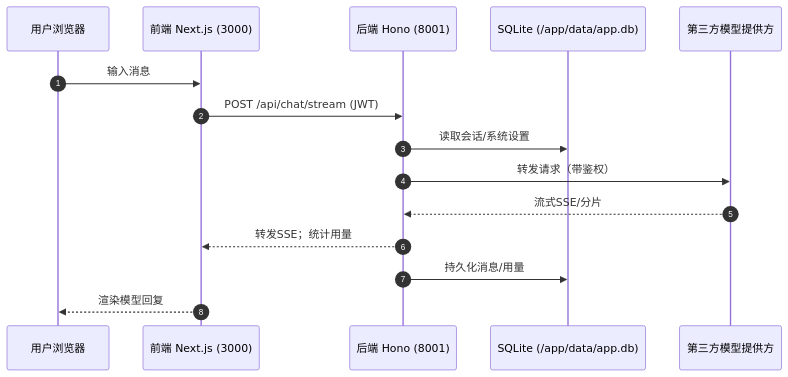
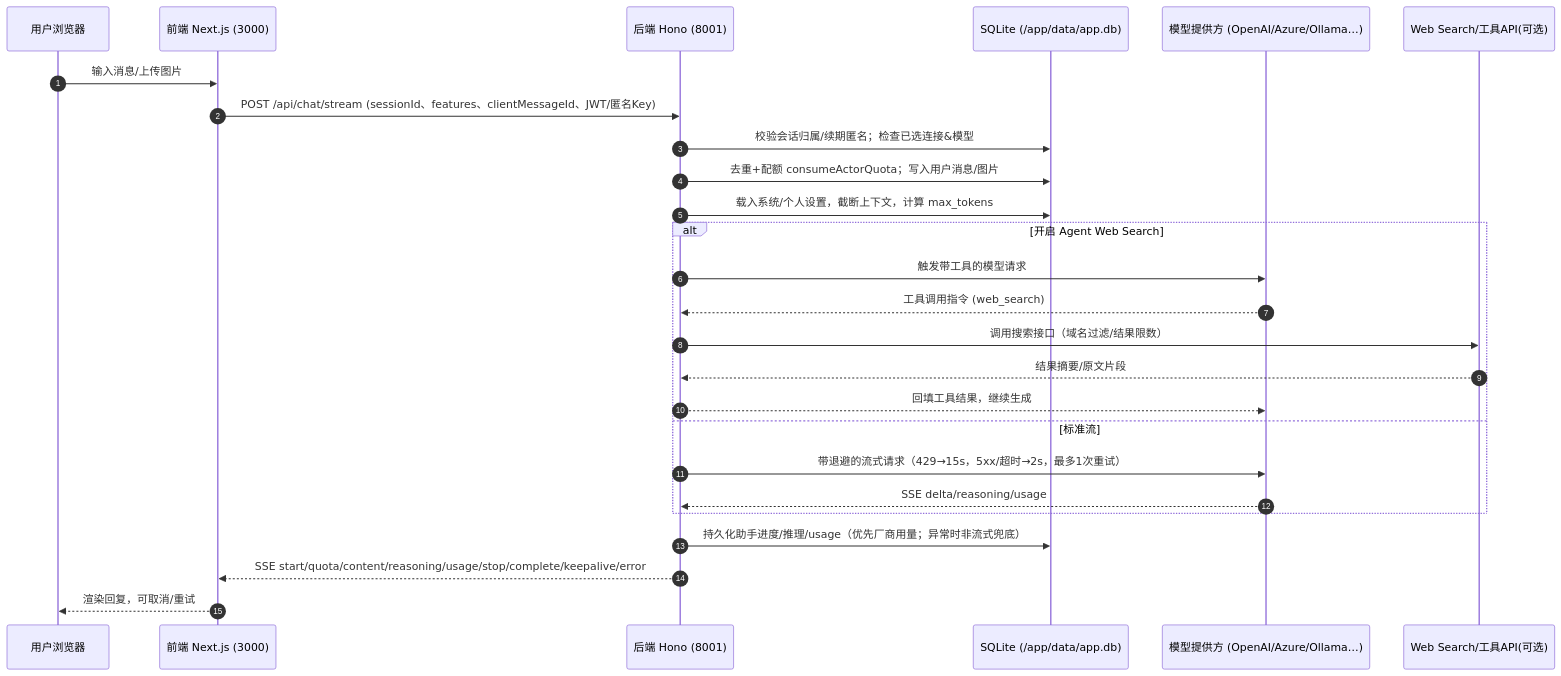
The diagram in README.md (Asheblog/Ai-Chat-web-UI), drawn with Mermaid before and after one commit. The commit also changed other lines of this file, not shown here.

First line of the commit message:
docs: update project structure and chat flow documentation in README

````diff
--- a/README.md
+++ b/README.md
@@ -163,18 +174,29 @@
 ```mermaid
 sequenceDiagram
   autonumber
   participant U as 用户浏览器
   participant FE as 前端 Next.js (3000)
   participant BE as 后端 Hono (8001)
   participant DB as SQLite (/app/data/app.db)
-  participant Prov as 第三方模型提供方
+  participant Prov as 模型提供方 (OpenAI/Azure/Ollama…)
+  participant Search as Web Search/工具API(可选)
 
-  U->>FE: 输入消息
-  FE->>BE: POST /api/chat/stream (JWT)
-  BE->>DB: 读取会话/系统设置
-  BE->>Prov: 转发请求（带鉴权）
-  Prov-->>BE: 流式SSE/分片
-  BE-->>FE: 转发SSE；统计用量
-  BE->>DB: 持久化消息/用量
-  FE-->>U: 渲染模型回复
+  U->>FE: 输入消息/上传图片
+  FE->>BE: POST /api/chat/stream (sessionId、features、clientMessageId、JWT/匿名Key)
+  BE->>DB: 校验会话归属/续期匿名；检查已选连接&模型
+  BE->>DB: 去重+配额 consumeActorQuota；写入用户消息/图片
+  BE->>DB: 载入系统/个人设置，截断上下文，计算 max_tokens
+  alt 开启 Agent Web Search
+    BE->>Prov: 触发带工具的模型请求
+    Prov-->>BE: 工具调用指令 (web_search)
+    BE->>Search: 调用搜索接口（域名过滤/结果限数）
+    Search-->>BE: 结果摘要/原文片段
+    BE-->>Prov: 回填工具结果，继续生成
+  else 标准流
+    BE->>Prov: 带退避的流式请求（429→15s，5xx/超时→2s，最多1次重试）
+    Prov-->>BE: SSE delta/reasoning/usage
+  end
+  BE->>DB: 持久化助手进度/推理/usage（优先厂商用量；异常时非流式兜底）
+  BE-->>FE: SSE start/quota/content/reasoning/usage/stop/complete/keepalive/error
+  FE-->>U: 渲染回复，可取消/重试
 ```
````
